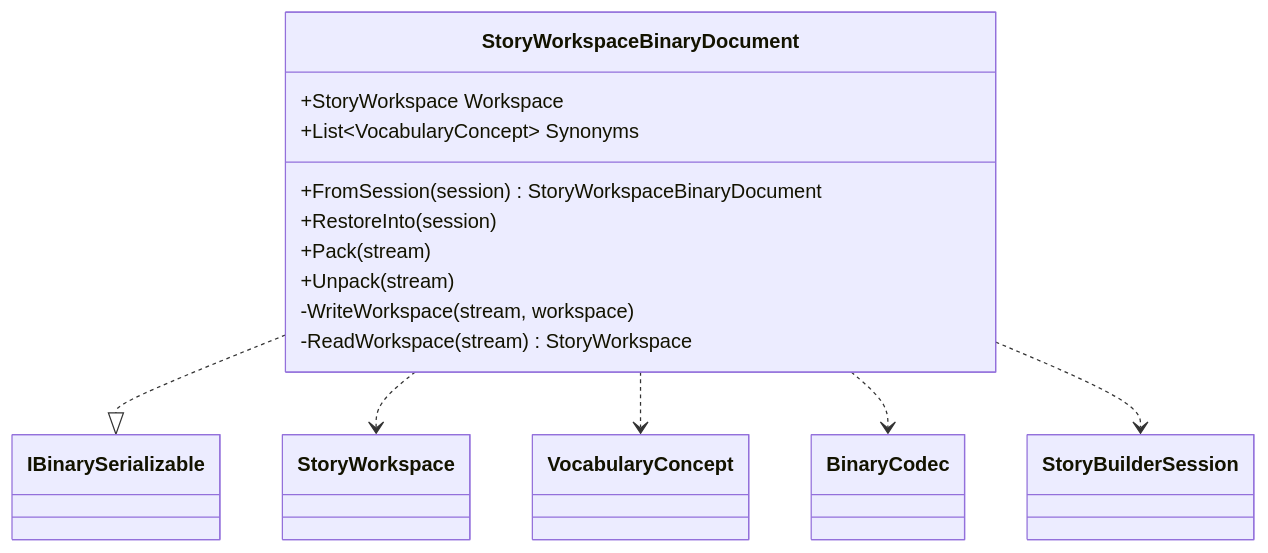
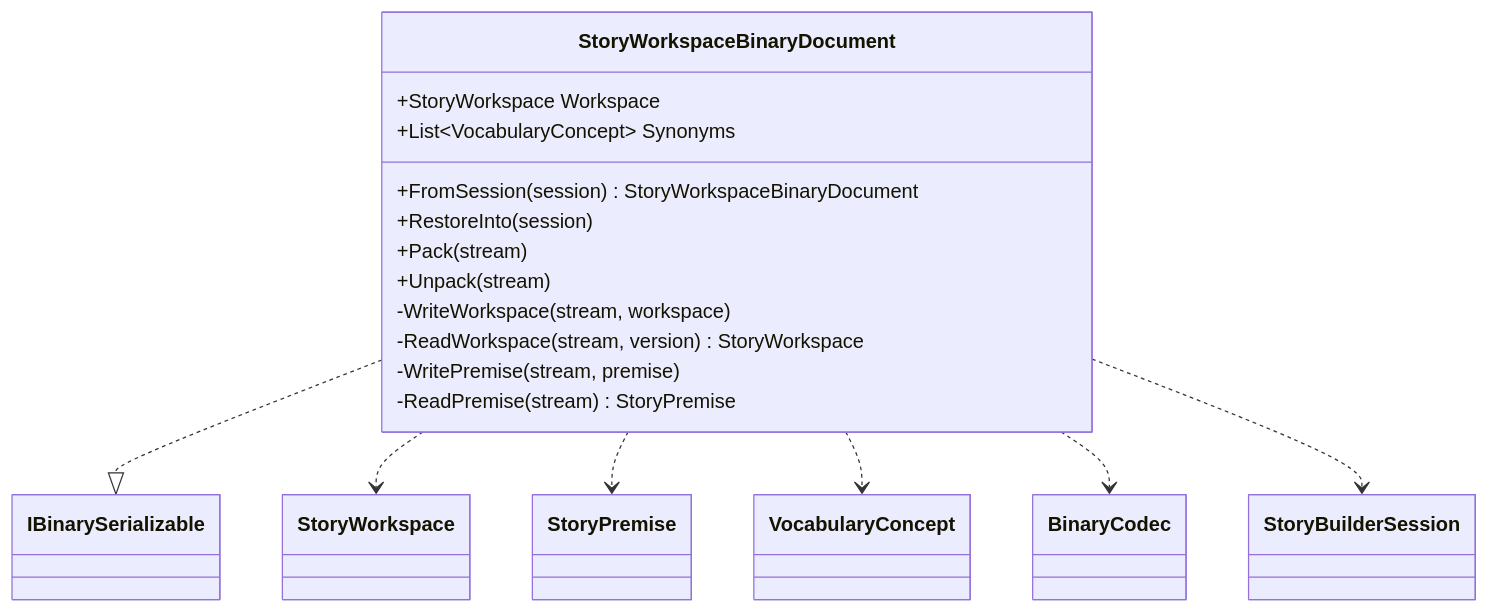
The diagram in docs/UML/StoryWorkspaceBinaryDocumentUML.md (TrentBest/StoryBuilder), drawn with Mermaid before and after one commit. The commit also changed other lines of this file, not shown here.

Commit message:
Update persistence UML for schema v2 and migration

````diff
--- a/docs/UML/StoryWorkspaceBinaryDocumentUML.md
+++ b/docs/UML/StoryWorkspaceBinaryDocumentUML.md
@@ -5,18 +5,21 @@
 ```mermaid
 classDiagram
 class StoryWorkspaceBinaryDocument {
   +StoryWorkspace Workspace
   +List~VocabularyConcept~ Synonyms
   +FromSession(session) StoryWorkspaceBinaryDocument
   +RestoreInto(session)
   +Pack(stream)
   +Unpack(stream)
   -WriteWorkspace(stream, workspace)
-  -ReadWorkspace(stream) StoryWorkspace
+  -ReadWorkspace(stream, version) StoryWorkspace
+  -WritePremise(stream, premise)
+  -ReadPremise(stream) StoryPremise
 }
 StoryWorkspaceBinaryDocument ..|> IBinarySerializable
 StoryWorkspaceBinaryDocument ..> StoryWorkspace
+StoryWorkspaceBinaryDocument ..> StoryPremise
 StoryWorkspaceBinaryDocument ..> VocabularyConcept
 StoryWorkspaceBinaryDocument ..> BinaryCodec
 StoryWorkspaceBinaryDocument ..> StoryBuilderSession
 ```
````
